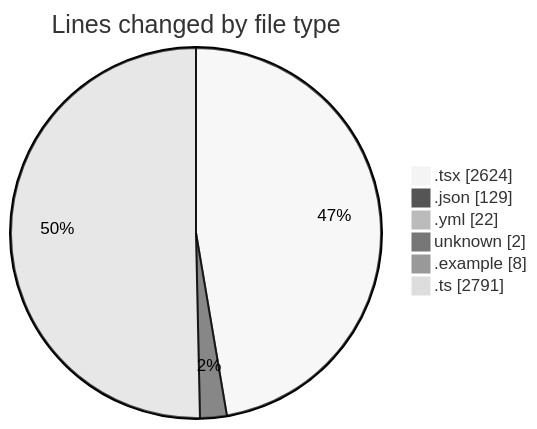
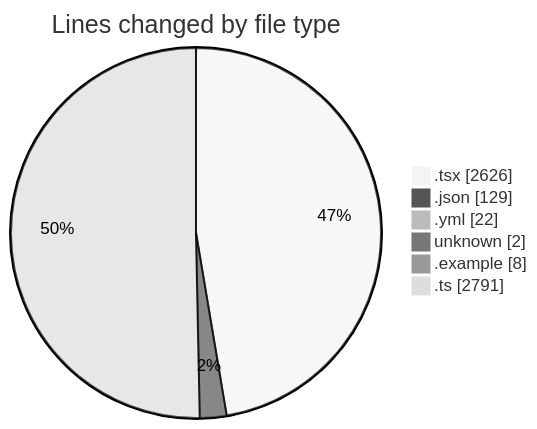
Before and after one commit to julien-gomy/code-tracking: the first of 2 diagrams in 2025-11-21/eventscop-frontend-guide__workspace_/README.md, drawn with Mermaid (neutral theme). The commit also changed other lines of this file and 1 other file, not shown here.

````diff
--- a/2025-11-21/eventscop-frontend-guide__workspace_/README.md
+++ b/2025-11-21/eventscop-frontend-guide__workspace_/README.md
@@ -59,10 +59,10 @@
 ```mermaid
 pie showData
 title Lines changed by file type
-".tsx" : 2624
+".tsx" : 2626
 ".json" : 129
 ".yml" : 22
 "unknown" : 2
 ".example" : 8
 ".ts" : 2791
 ```
````
